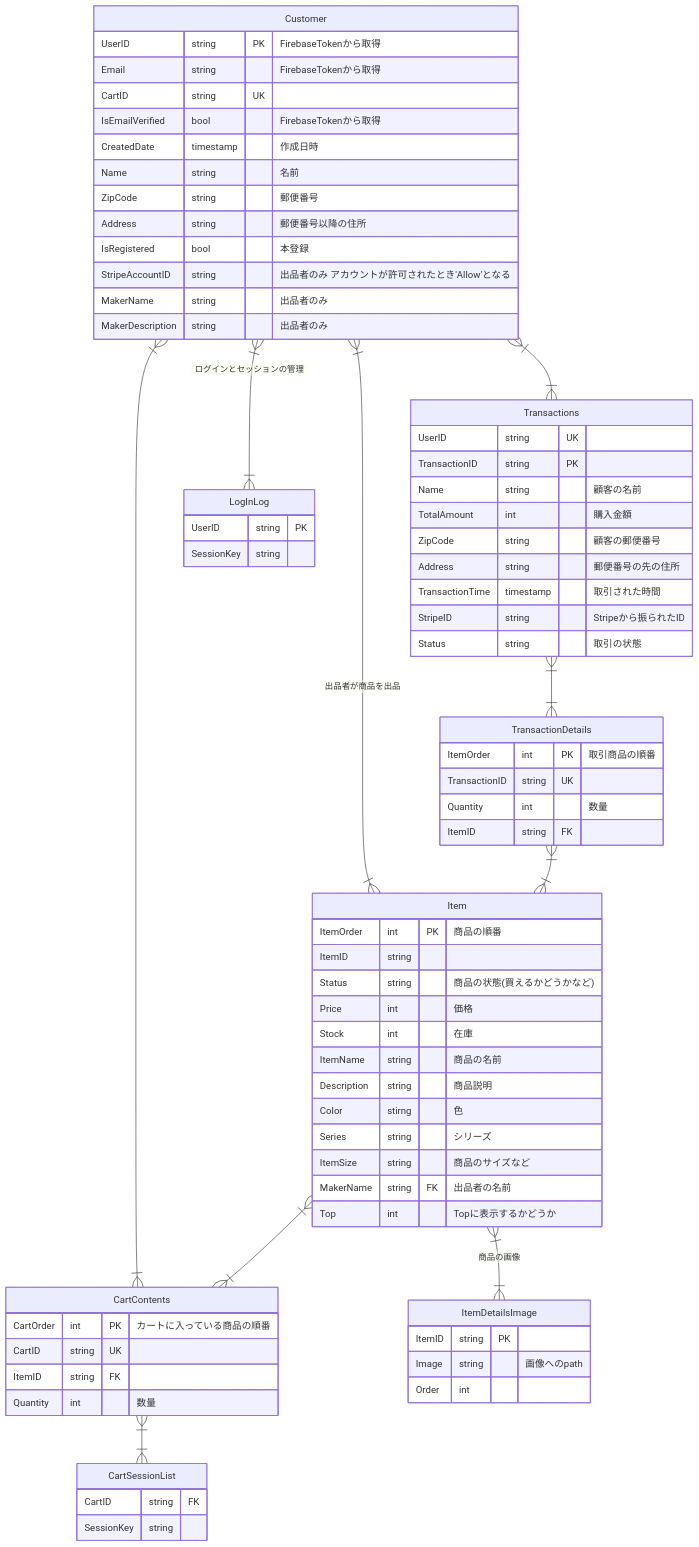
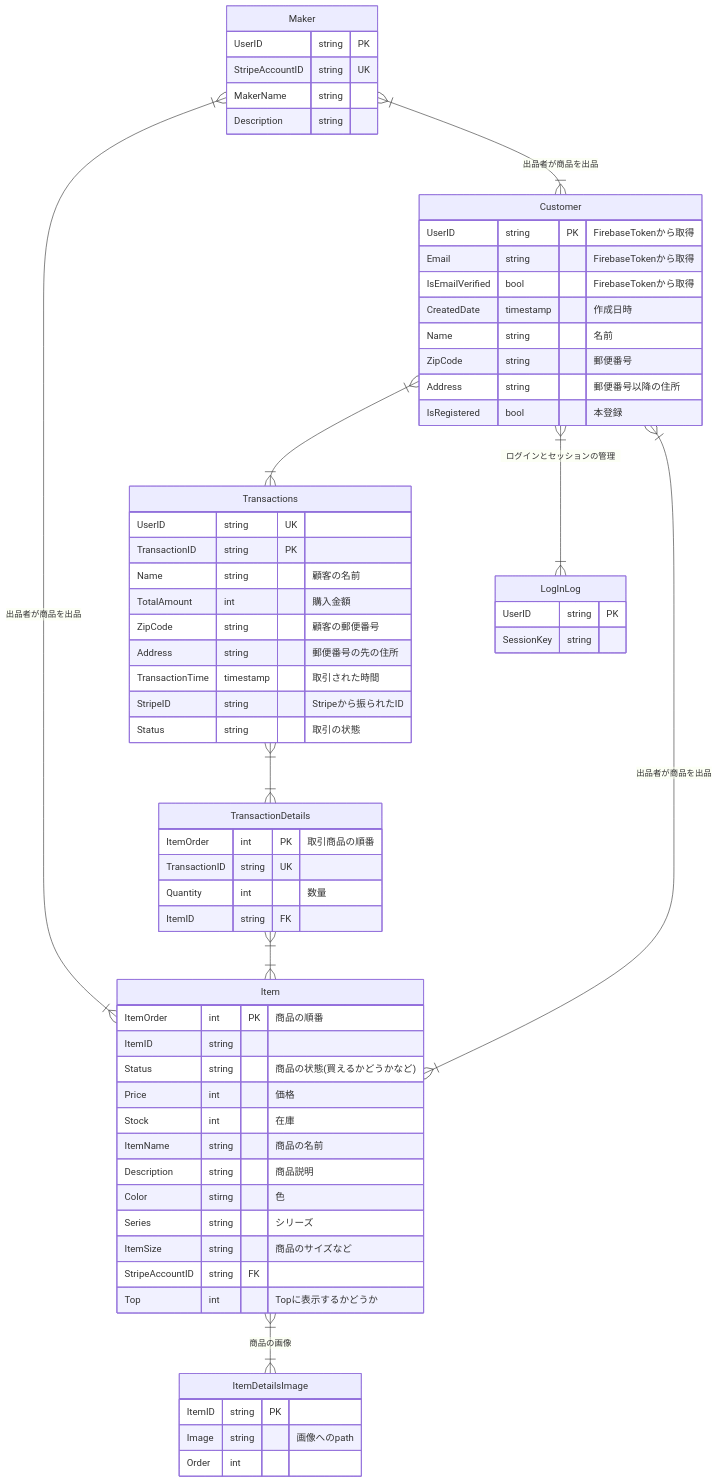
The fifth of 5 diagrams in README.md (WhatACotton/CharisWorks-BackEnd), drawn with Mermaid before and after one commit. The commit also changed other lines of this file and 45 other files, not shown here.

````diff
--- a/README.md
+++ b/README.md
@@ -141,76 +95,68 @@
 ```mermaid
 erDiagram
 Customer }|--|{Transactions:""
 Transactions}|--|{TransactionDetails:""
 TransactionDetails}|--|{Item:""
-Item}|--|{CartContents:""
 Item}|--|{ItemDetailsImage:"商品の画像"
-CartContents}|--|{Customer:""
-CartContents}|--|{CartSessionList:""
+Item}|--|{Customer:"出品者が商品を出品"
 Customer}|--|{LogInLog:"ログインとセッションの管理"
-Item}|--|{Customer:"出品者が商品を出品"
+Maker}|--|{Item:"出品者が商品を出品"
+Maker}|--|{Customer:"出品者が商品を出品"
 Customer{
     UserID string PK "FirebaseTokenから取得"
     Email string "FirebaseTokenから取得"
-    CartID string UK
     IsEmailVerified bool "FirebaseTokenから取得"
     CreatedDate timestamp "作成日時"
     Name string "名前"
     ZipCode string "郵便番号"
     Address string "郵便番号以降の住所"
     IsRegistered bool "本登録"
-    StripeAccountID string "出品者のみ アカウントが許可されたとき'Allow'となる"
-    MakerName string "出品者のみ"
-    MakerDescription string "出品者のみ"
+
 }
 ItemDetailsImage{
     ItemID string PK
     Image string "画像へのpath"
     Order int
 }
 Item{
     ItemOrder int PK "商品の順番"
     ItemID string
     Status string "商品の状態(買えるかどうかなど)"
     Price int "価格"
     Stock int "在庫"
     ItemName string "商品の名前"
     Description string "商品説明"
     Color stirng "色"
     Series string "シリーズ"
     ItemSize string "商品のサイズなど"
-    MakerName string FK "出品者の名前"
+    StripeAccountID string FK
     Top int "Topに表示するかどうか"
 }
 TransactionDetails{
     ItemOrder int PK "取引商品の順番"
     TransactionID string UK
     Quantity int "数量"
     ItemID string FK
 }
 Transactions{
     UserID string UK
     TransactionID string PK
     Name string "顧客の名前"
     TotalAmount int "購入金額"
     ZipCode string "顧客の郵便番号"
     Address string "郵便番号の先の住所"
     TransactionTime timestamp "取引された時間"
     StripeID string "Stripeから振られたID"
     Status string "取引の状態"
 }
-CartContents{
-    CartOrder int PK "カートに入っている商品の順番"
-    CartID string UK
-    ItemID string FK
-    Quantity int "数量"
-}
-CartSessionList{
-    CartID string FK
-    SessionKey string
-}
 LogInLog{
     UserID string PK
     SessionKey string
 }
+Maker{
+    UserID string PK
+    StripeAccountID string UK
+    MakerName string
+    Description string
+}
 ```
````
